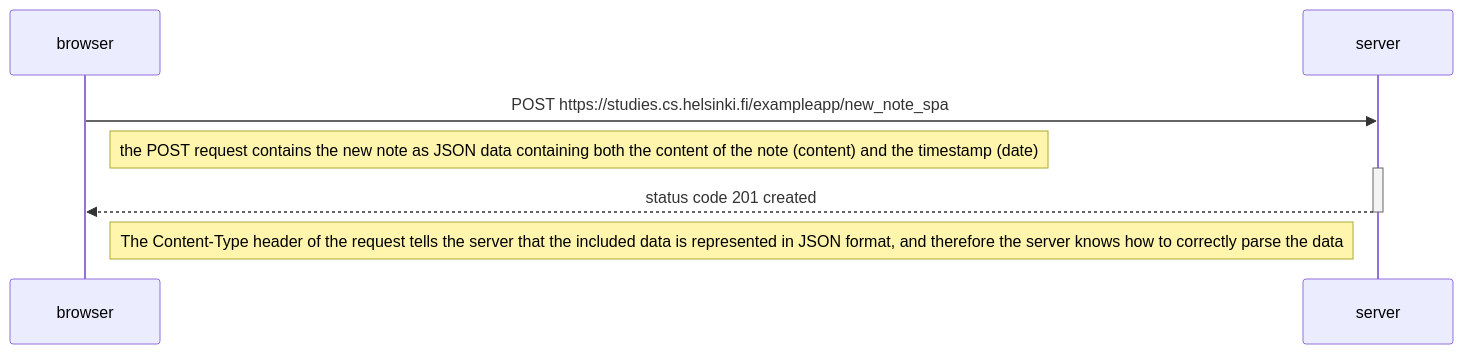
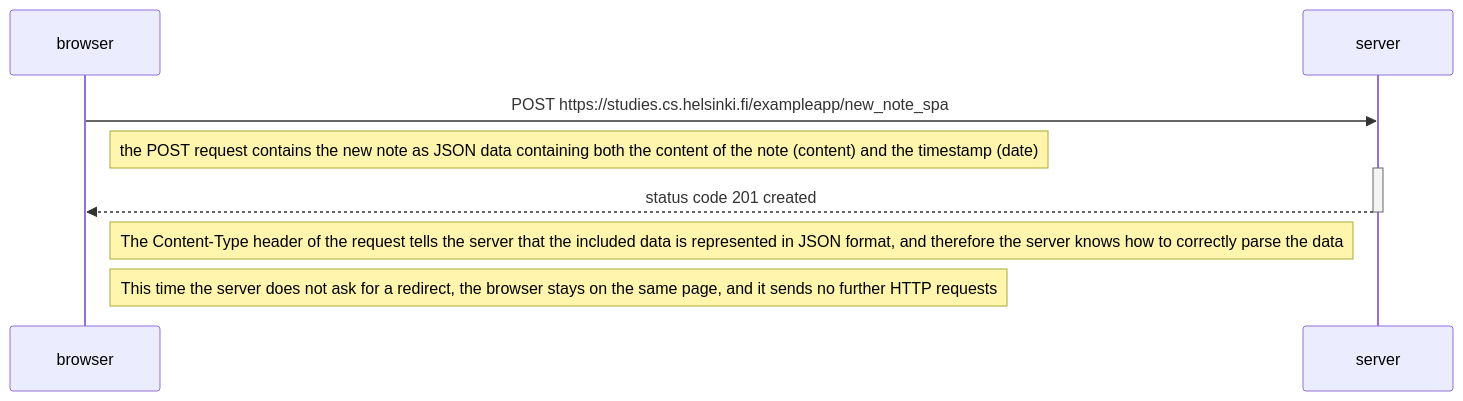
The diagram in part0/0.6.md (mehakkd/fullstack-course), drawn with Mermaid before and after one commit.

Commit message:
Update 0.6.md added note

````diff
--- a/part0/0.6.md
+++ b/part0/0.6.md
@@ -1,17 +1,18 @@
 ```mermaid
 
 sequenceDiagram
   participant browser
   participant server
 
   browser->>server: POST https://studies.cs.helsinki.fi/exampleapp/new_note_spa
   
     Note right of browser: the POST request contains the new note as JSON data containing both the content of the note (content) and the timestamp (date)
   
   activate server
   server-->>browser: status code 201 created
   deactivate server
   
     Note left of server: The Content-Type header of the request tells the server that the included data is represented in JSON format, and therefore the server knows how to correctly parse the data
+    Note right of browser: This time the server does not ask for a redirect, the browser stays on the same page, and it sends no further HTTP requests
 
 ```
````
